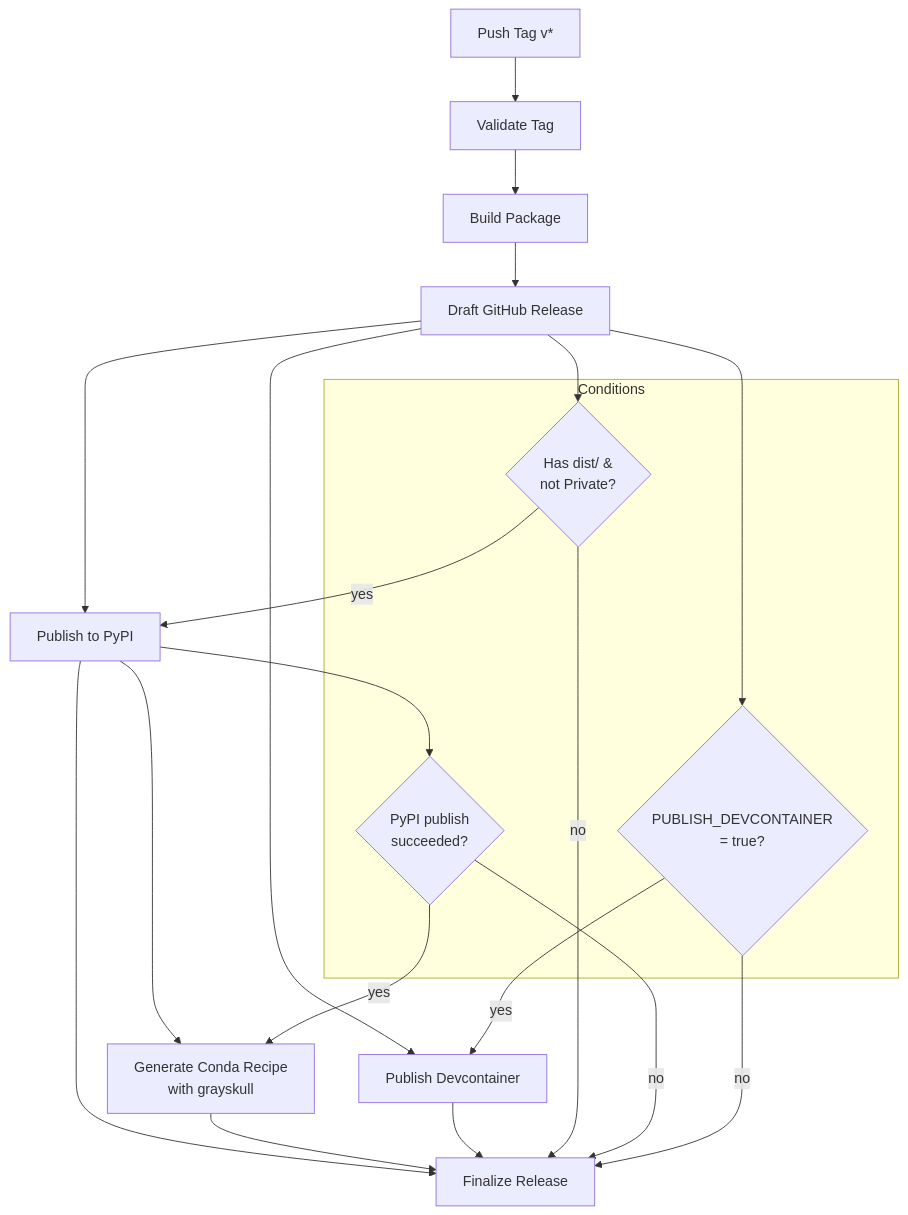
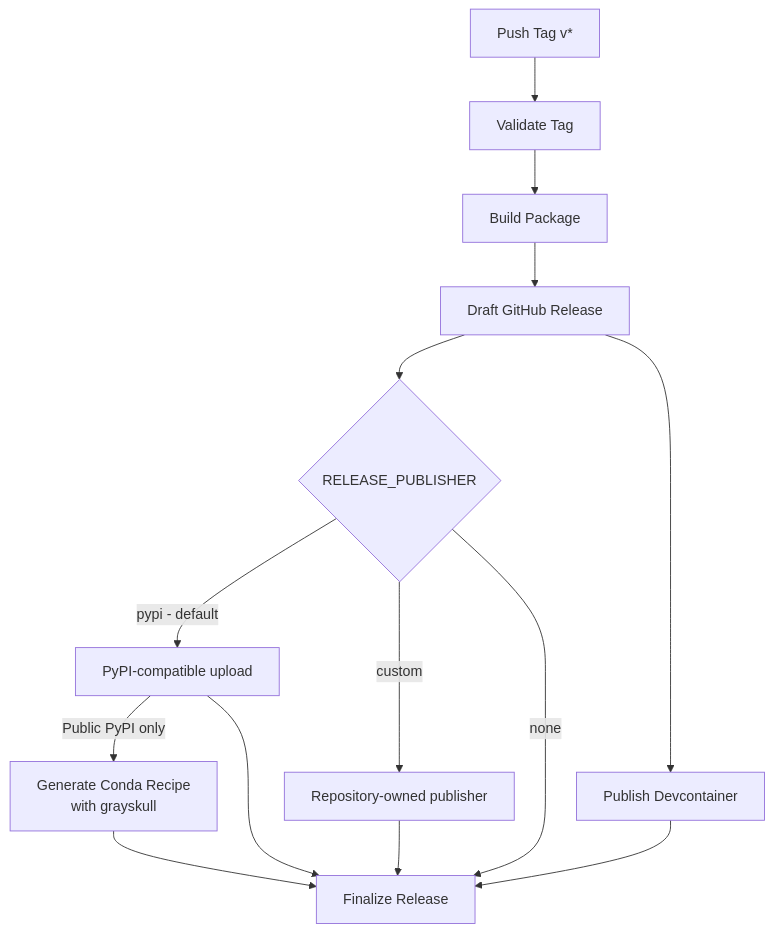
Before and after one commit to Jebel-Quant/rhiza: the fourth of 9 diagrams in docs/reference/ARCHITECTURE.md, drawn with Mermaid. The commit also changed other lines of this file and 8 other files, not shown here.

````diff
--- a/docs/reference/ARCHITECTURE.md
+++ b/docs/reference/ARCHITECTURE.md
@@ -134,28 +134,16 @@
 ```mermaid
 flowchart TD
     tag[Push Tag v*] --> validate[Validate Tag]
     validate --> build[Build Package]
     build --> draft[Draft GitHub Release]
-    draft --> pypi[Publish to PyPI]
-    pypi --> conda[Generate Conda Recipe<br/>with grayskull]
+    draft --> publisher{RELEASE_PUBLISHER}
+    publisher -->|pypi - default| pypi[PyPI-compatible upload]
+    publisher -->|custom| custom[Repository-owned publisher]
+    publisher -->|none| finalize[Finalize Release]
+    pypi -->|Public PyPI only| conda[Generate Conda Recipe<br/>with grayskull]
     draft --> devcontainer[Publish Devcontainer]
-    pypi --> finalize[Finalize Release]
+    pypi --> finalize
+    custom --> finalize
     conda --> finalize
     devcontainer --> finalize
-
-    subgraph Conditions
-        pypi_cond{Has dist/ &<br/>not Private?}
-        conda_cond{PyPI publish<br/>succeeded?}
-        dev_cond{PUBLISH_DEVCONTAINER<br/>= true?}
-    end
-
-    draft --> pypi_cond
-    pypi_cond -->|yes| pypi
-    pypi_cond -->|no| finalize
-    pypi --> conda_cond
-    conda_cond -->|yes| conda
-    conda_cond -->|no| finalize
-    draft --> dev_cond
-    dev_cond -->|yes| devcontainer
-    dev_cond -->|no| finalize
 ```
````
